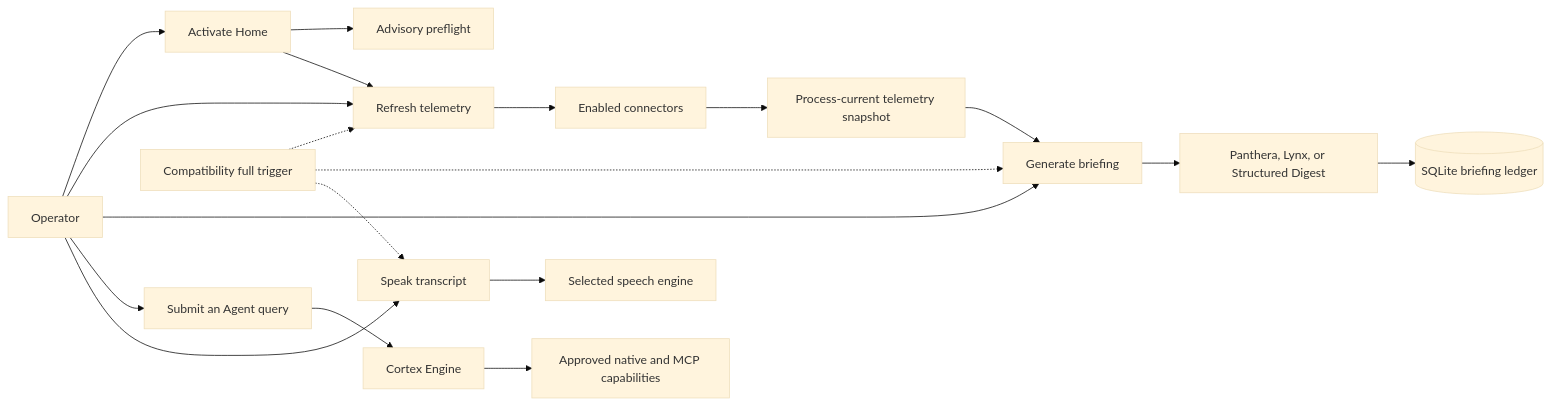
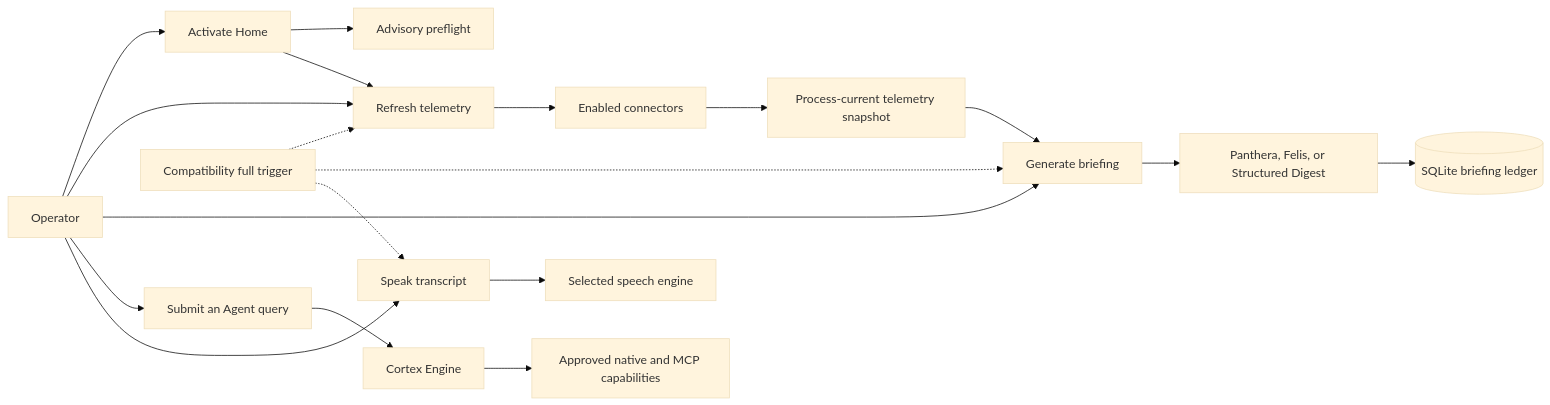
The second of 3 diagrams in docs/architecture.md (edumarcano/APEX), drawn with Mermaid (base theme) before and after one commit. The commit also changed other lines of this file and 4 other files, not shown here.

Commit message:
fix: update ask_apex validation and rename Lynx to Felis in documentation

````diff
--- a/docs/architecture.md
+++ b/docs/architecture.md
@@ -50,30 +50,30 @@
 ```mermaid
 flowchart LR
     USER["Operator"]
 
     USER --> ACTIVATE["Activate Home"]
     USER --> REFRESH["Refresh telemetry"]
     USER --> BRIEF["Generate briefing"]
     USER --> ASK["Submit an Agent query"]
     USER --> SPEAK["Speak transcript"]
 
     ACTIVATE --> PREFLIGHT["Advisory preflight"]
     ACTIVATE --> REFRESH
 
     REFRESH --> CONNECTORS["Enabled connectors"]
     CONNECTORS --> SNAPSHOT["Process-current telemetry snapshot"]
 
     SNAPSHOT --> BRIEF
-    BRIEF --> SYNTHESIS["Panthera, Lynx, or Structured Digest"]
+    BRIEF --> SYNTHESIS["Panthera, Felis, or Structured Digest"]
     SYNTHESIS --> LEDGER[("SQLite briefing ledger")]
 
     ASK --> CORTEX["Cortex Engine"]
     CORTEX --> TOOLS["Approved native and MCP capabilities"]
 
     SPEAK --> VOICE["Selected speech engine"]
 
     FULL["Compatibility full trigger"]
     FULL -.-> REFRESH
     FULL -.-> BRIEF
     FULL -.-> SPEAK
 ```
````
